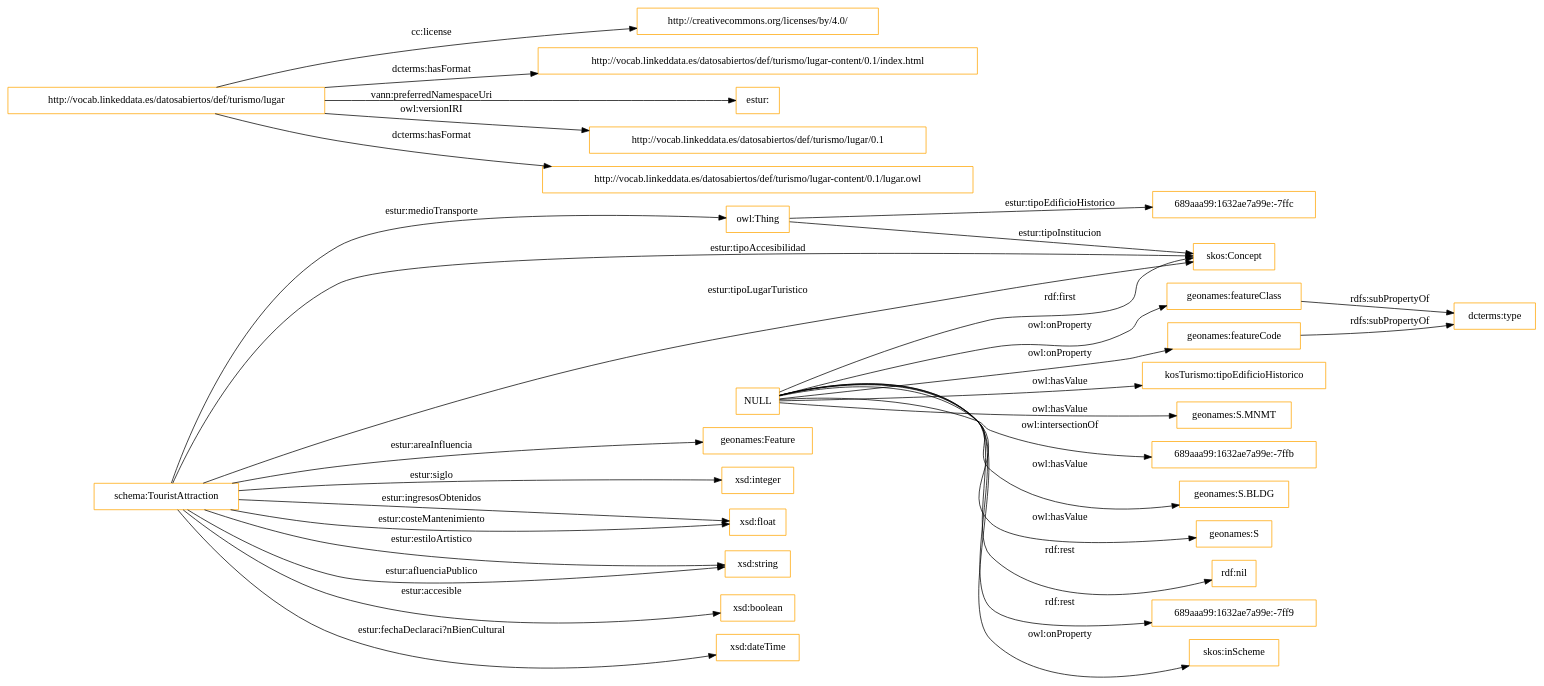
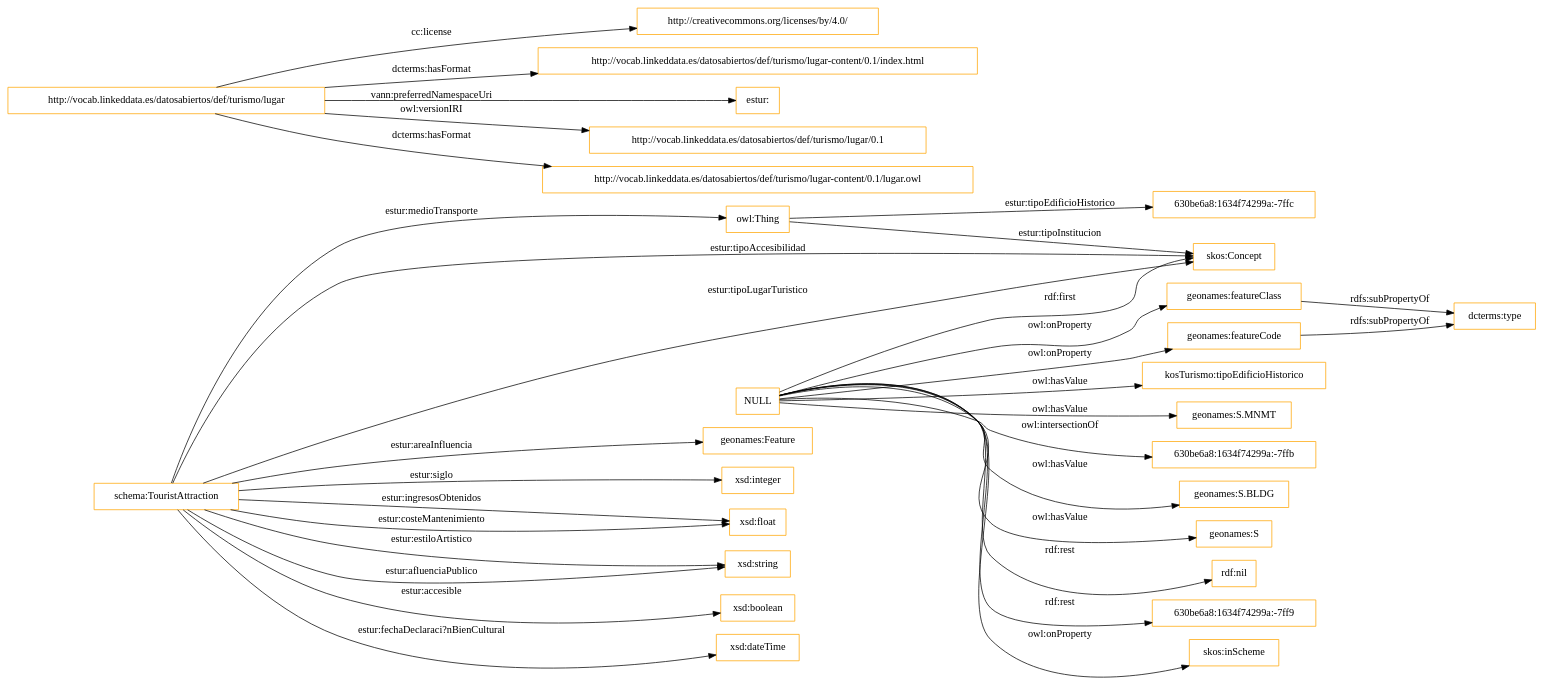
The diagram in OnToology/lugar.owl/diagrams/ar2dtool-class/lugar.owl.png.dot (ma-garcia/cultura-ocio-lugares-interes), drawn with Graphviz before and after one commit. The commit also changed 17 other files, not shown here.

```diff
--- a/OnToology/lugar.owl/diagrams/ar2dtool-class/lugar.owl.png.dot
+++ b/OnToology/lugar.owl/diagrams/ar2dtool-class/lugar.owl.png.dot
@@ -1,37 +1,37 @@
 digraph ar2dtool_diagram { 
 rankdir=LR;
 size="1501"
-node [shape = rectangle, color="orange"]; "689aaa99:1632ae7a99e:-7ffc" "geonames:Feature" "schema:TouristAttraction" "skos:Concept" ; /*classes style*/
+node [shape = rectangle, color="orange"]; "630be6a8:1634f74299a:-7ffc" "geonames:Feature" "schema:TouristAttraction" "skos:Concept" ; /*classes style*/
 	"http://vocab.linkeddata.es/datosabiertos/def/turismo/lugar" -> "http://creativecommons.org/licenses/by/4.0/" [ label = "cc:license" ];
 	"http://vocab.linkeddata.es/datosabiertos/def/turismo/lugar" -> "http://vocab.linkeddata.es/datosabiertos/def/turismo/lugar-content/0.1/index.html" [ label = "dcterms:hasFormat" ];
 	"http://vocab.linkeddata.es/datosabiertos/def/turismo/lugar" -> "estur:" [ label = "vann:preferredNamespaceUri" ];
 	"http://vocab.linkeddata.es/datosabiertos/def/turismo/lugar" -> "http://vocab.linkeddata.es/datosabiertos/def/turismo/lugar/0.1" [ label = "owl:versionIRI" ];
 	"http://vocab.linkeddata.es/datosabiertos/def/turismo/lugar" -> "http://vocab.linkeddata.es/datosabiertos/def/turismo/lugar-content/0.1/lugar.owl" [ label = "dcterms:hasFormat" ];
 	"geonames:featureClass" -> "dcterms:type" [ label = "rdfs:subPropertyOf" ];
 	"NULL" -> "geonames:featureCode" [ label = "owl:onProperty" ];
 	"NULL" -> "kosTurismo:tipoEdificioHistorico" [ label = "owl:hasValue" ];
 	"NULL" -> "geonames:S.MNMT" [ label = "owl:hasValue" ];
-	"NULL" -> "689aaa99:1632ae7a99e:-7ffb" [ label = "owl:intersectionOf" ];
+	"NULL" -> "630be6a8:1634f74299a:-7ffb" [ label = "owl:intersectionOf" ];
 	"NULL" -> "skos:Concept" [ label = "rdf:first" ];
 	"NULL" -> "geonames:S.BLDG" [ label = "owl:hasValue" ];
 	"NULL" -> "geonames:S" [ label = "owl:hasValue" ];
 	"NULL" -> "rdf:nil" [ label = "rdf:rest" ];
-	"NULL" -> "689aaa99:1632ae7a99e:-7ff9" [ label = "rdf:rest" ];
+	"NULL" -> "630be6a8:1634f74299a:-7ff9" [ label = "rdf:rest" ];
 	"NULL" -> "geonames:featureClass" [ label = "owl:onProperty" ];
 	"NULL" -> "skos:inScheme" [ label = "owl:onProperty" ];
 	"geonames:featureCode" -> "dcterms:type" [ label = "rdfs:subPropertyOf" ];
 	"schema:TouristAttraction" -> "owl:Thing" [ label = "estur:medioTransporte" ];
-	"owl:Thing" -> "689aaa99:1632ae7a99e:-7ffc" [ label = "estur:tipoEdificioHistorico" ];
+	"owl:Thing" -> "630be6a8:1634f74299a:-7ffc" [ label = "estur:tipoEdificioHistorico" ];
 	"owl:Thing" -> "skos:Concept" [ label = "estur:tipoInstitucion" ];
 	"schema:TouristAttraction" -> "xsd:integer" [ label = "estur:siglo" ];
 	"schema:TouristAttraction" -> "geonames:Feature" [ label = "estur:areaInfluencia" ];
 	"schema:TouristAttraction" -> "skos:Concept" [ label = "estur:tipoAccesibilidad" ];
 	"schema:TouristAttraction" -> "xsd:float" [ label = "estur:ingresosObtenidos" ];
 	"schema:TouristAttraction" -> "skos:Concept" [ label = "estur:tipoLugarTuristico" ];
 	"schema:TouristAttraction" -> "xsd:string" [ label = "estur:estiloArtistico" ];
 	"schema:TouristAttraction" -> "xsd:string" [ label = "estur:afluenciaPublico" ];
 	"schema:TouristAttraction" -> "xsd:boolean" [ label = "estur:accesible" ];
 	"schema:TouristAttraction" -> "xsd:float" [ label = "estur:costeMantenimiento" ];
 	"schema:TouristAttraction" -> "xsd:dateTime" [ label = "estur:fechaDeclaraci?nBienCultural" ];
 
 }
```
